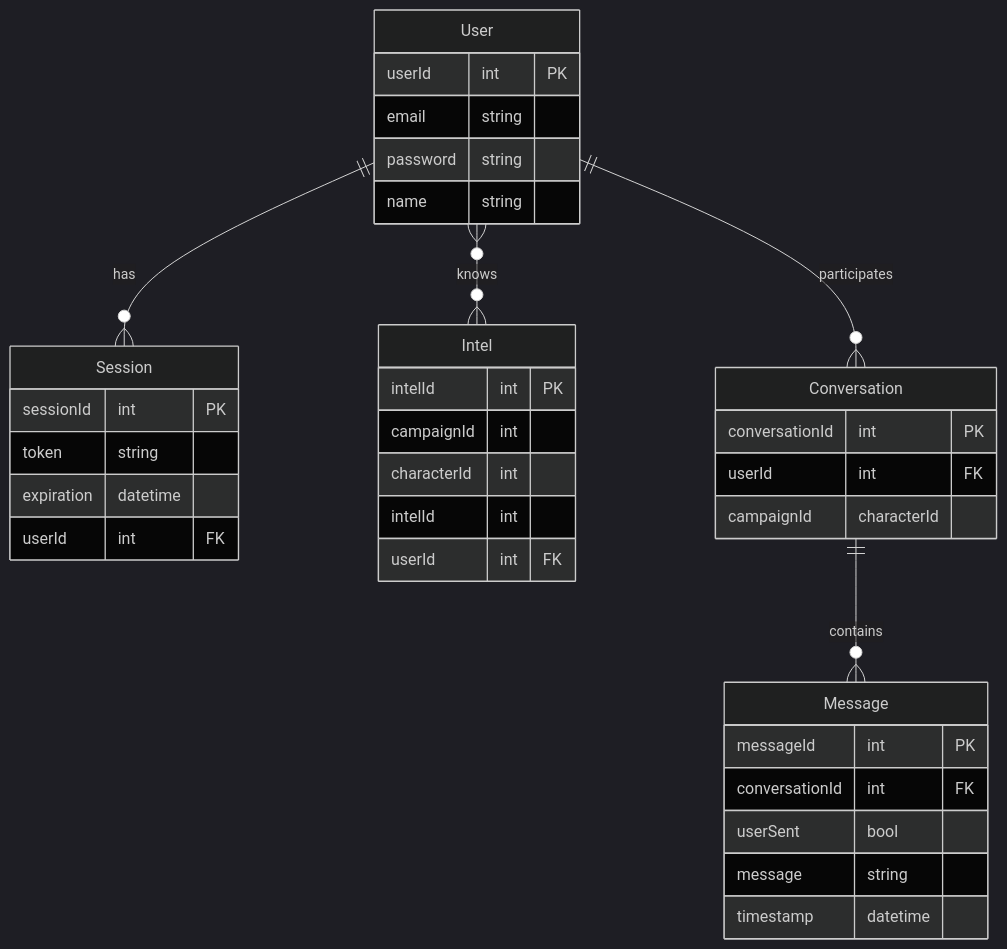
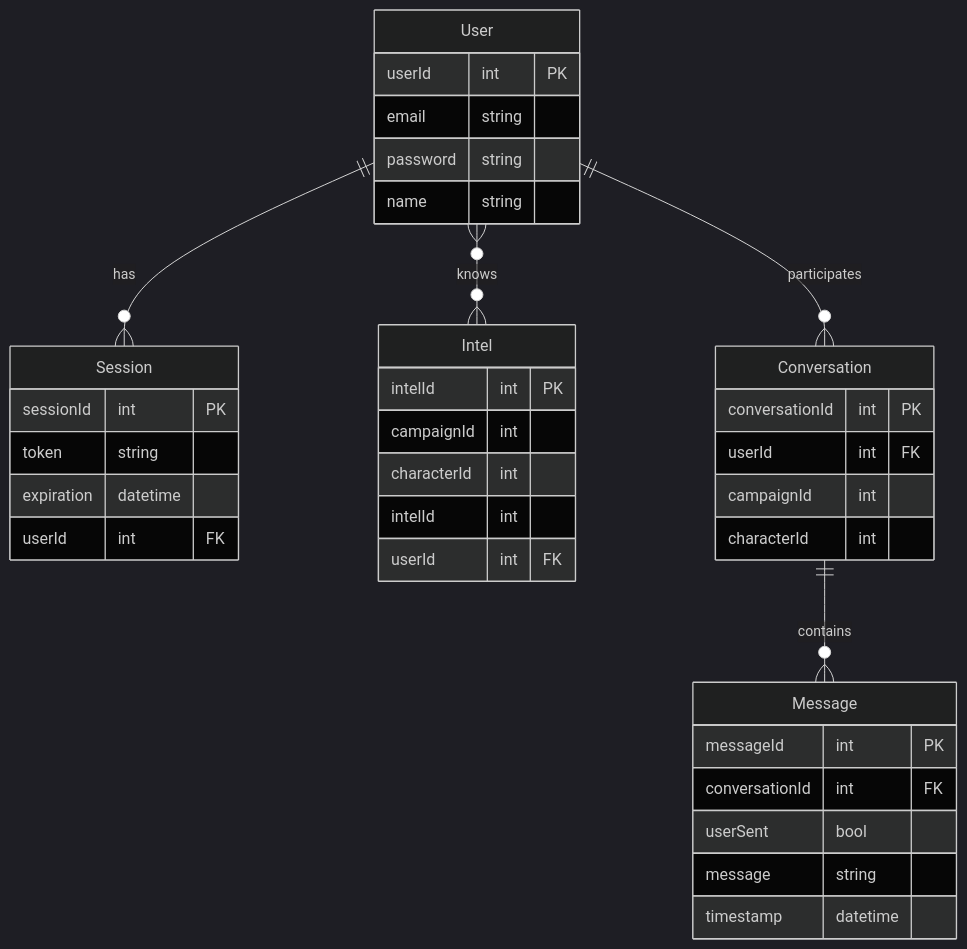
One commit to BYU-ECE-Software/BAIT changed the diagram in Documentation/ERD.md. Above: the diagram before and after it, drawn with Mermaid (dark theme).

Commit message:
Fixed ERD conversation error

````diff
--- a/Documentation/ERD.md
+++ b/Documentation/ERD.md
@@ -1,40 +1,40 @@
 ```mermaid
 erDiagram
     User {
         userId int PK
         email string
         password string
         name string
     }
     Session {
         sessionId int PK
         token string
         expiration datetime
         userId int FK
     }
     Intel {
         intelId int PK
         campaignId int
         characterId int
         intelId int
         userId int FK
     }
     Conversation {
         conversationId int PK
         userId int FK
-        campaignId
-        characterId
+        campaignId int
+        characterId int
     }
     Message {
         messageId int PK
         conversationId int FK
         userSent bool
         message string
         timestamp datetime
     }
 
     User ||--o{ Session : "has"
     User }o--o{ Intel : "knows"
     User ||--o{ Conversation : "participates"
     Conversation ||--o{ Message : "contains"
 ```
````
